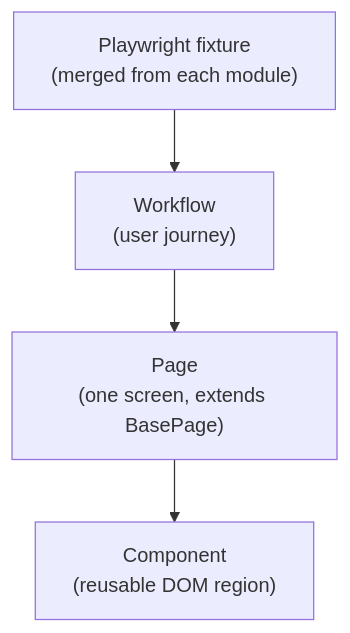
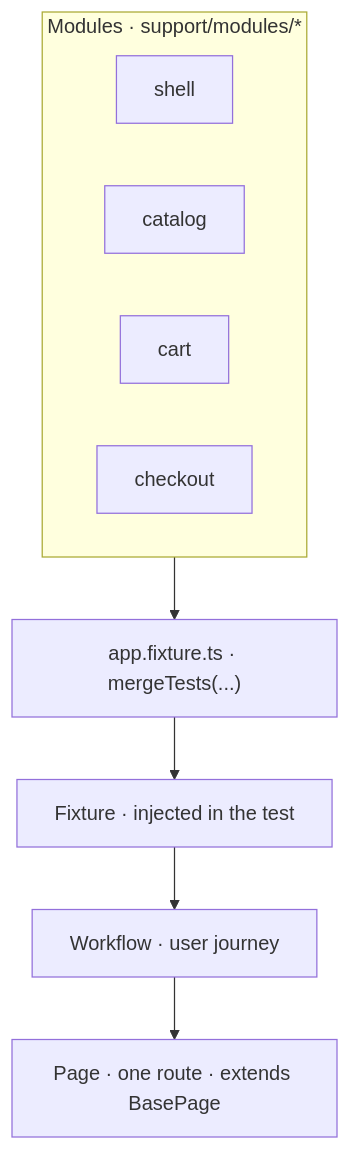
Before and after one commit to getulionm/pw-composition: the third of 5 diagrams in README.md, drawn with Mermaid. The commit also changed other lines of this file and 10 other files, not shown here.

````diff
--- a/README.md
+++ b/README.md
@@ -109,11 +118,17 @@
 ```mermaid
-flowchart TD
-  fixture["Playwright fixture<br/>(merged from each module)"]
-  workflow["Workflow<br/>(user journey)"]
-  page["Page<br/>(one screen, extends BasePage)"]
-  component["Component<br/>(reusable DOM region)"]
+flowchart TB
+  subgraph modules["Modules · support/modules/*"]
+    direction LR
+    shellM[shell]
+    catalogM[catalog]
+    cartM[cart]
+    checkoutM[checkout]
+  end
 
-  fixture --> workflow
-  workflow --> page
-  page --> component
+  merge["app.fixture.ts · mergeTests(...)"]
+  modules --> merge
+
+  merge --> fixture["Fixture · injected in the test"]
+  fixture --> workflow["Workflow · user journey"]
+  workflow --> page["Page · one route · extends BasePage"]
 ```
````
